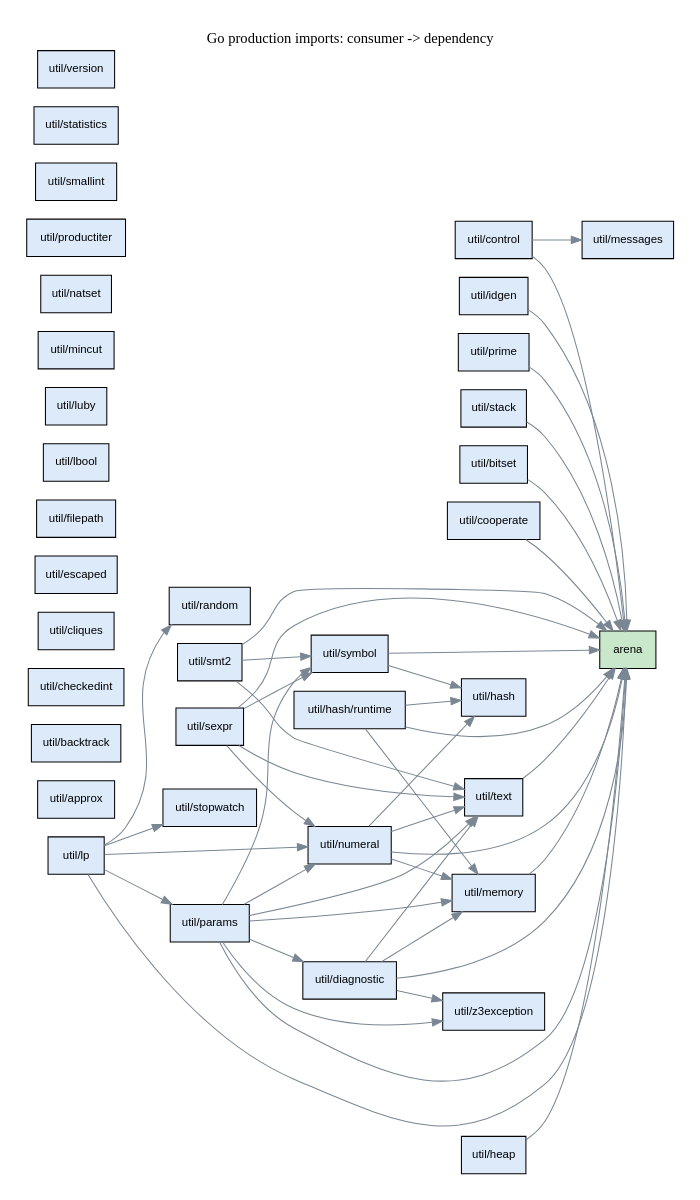
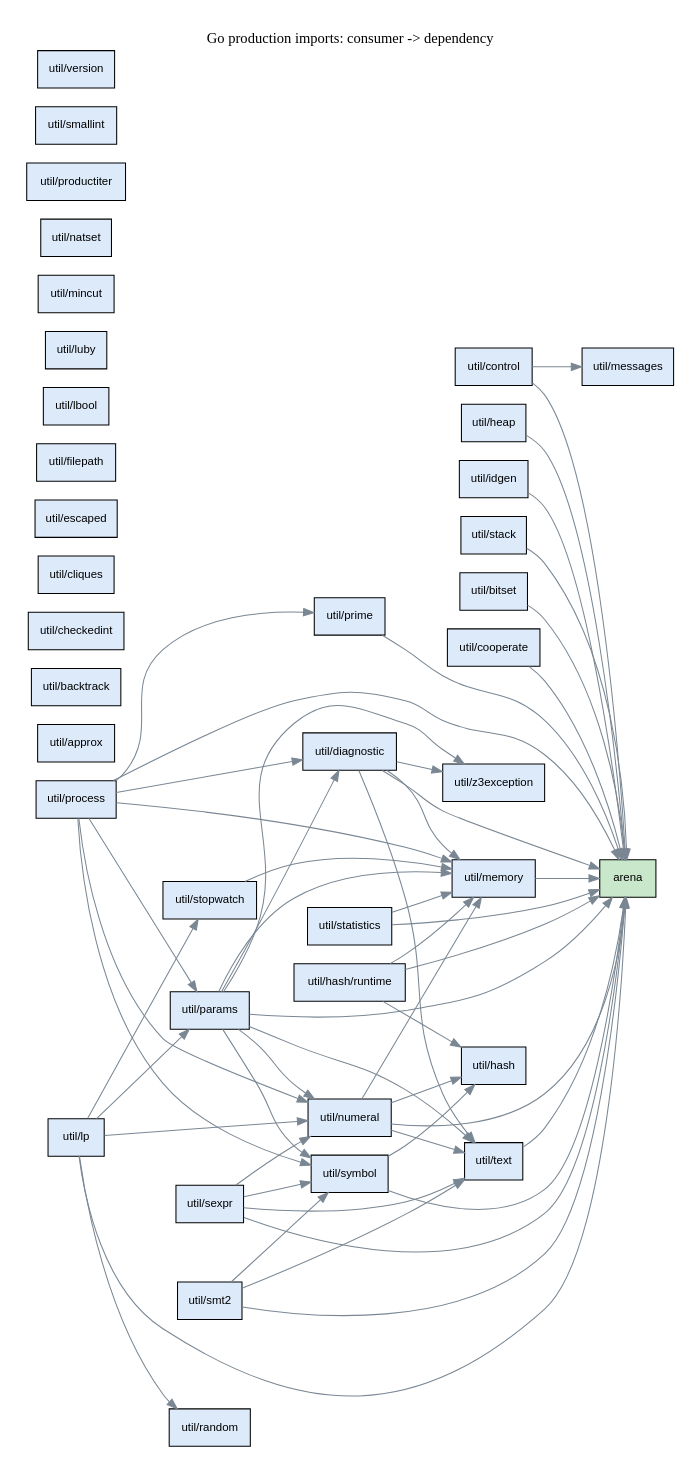
The diagram in doc/util_dependencies.dot (glycerine/g3-preview), drawn with Graphviz before and after one commit. The commit also changed 4 other files, not shown here.

Commit message:
Refresh Go package dependency graphs

```diff
--- a/doc/util_dependencies.dot
+++ b/doc/util_dependencies.dot
@@ -1,87 +1,98 @@
 digraph packages {
   rankdir=LR;
   graph [bgcolor=white, pad=0.25];
   node [shape=box, fontname="sans-serif", fontsize=11];
   edge [color="#7a8793"];
   label="Go production imports: consumer -> dependency";
   labelloc=t;
   "arena" [style=filled, fillcolor="#c9e8cb"];
   "util/approx" [style=filled, fillcolor="#dceafa"];
   "util/backtrack" [style=filled, fillcolor="#dceafa"];
   "util/bitset" [style=filled, fillcolor="#dceafa"];
   "util/bitset" -> "arena";
   "util/checkedint" [style=filled, fillcolor="#dceafa"];
   "util/cliques" [style=filled, fillcolor="#dceafa"];
   "util/control" [style=filled, fillcolor="#dceafa"];
   "util/control" -> "arena";
   "util/control" -> "util/messages";
   "util/cooperate" [style=filled, fillcolor="#dceafa"];
   "util/cooperate" -> "arena";
   "util/diagnostic" [style=filled, fillcolor="#dceafa"];
   "util/diagnostic" -> "arena";
   "util/diagnostic" -> "util/memory";
   "util/diagnostic" -> "util/text";
   "util/diagnostic" -> "util/z3exception";
   "util/escaped" [style=filled, fillcolor="#dceafa"];
   "util/filepath" [style=filled, fillcolor="#dceafa"];
   "util/hash" [style=filled, fillcolor="#dceafa"];
   "util/hash/runtime" [style=filled, fillcolor="#dceafa"];
   "util/hash/runtime" -> "arena";
   "util/hash/runtime" -> "util/hash";
   "util/hash/runtime" -> "util/memory";
   "util/heap" [style=filled, fillcolor="#dceafa"];
   "util/heap" -> "arena";
   "util/idgen" [style=filled, fillcolor="#dceafa"];
   "util/idgen" -> "arena";
   "util/lbool" [style=filled, fillcolor="#dceafa"];
   "util/lp" [style=filled, fillcolor="#dceafa"];
   "util/lp" -> "arena";
   "util/lp" -> "util/numeral";
   "util/lp" -> "util/params";
   "util/lp" -> "util/random";
   "util/lp" -> "util/stopwatch";
   "util/luby" [style=filled, fillcolor="#dceafa"];
   "util/memory" [style=filled, fillcolor="#dceafa"];
   "util/memory" -> "arena";
   "util/messages" [style=filled, fillcolor="#dceafa"];
   "util/mincut" [style=filled, fillcolor="#dceafa"];
   "util/natset" [style=filled, fillcolor="#dceafa"];
   "util/numeral" [style=filled, fillcolor="#dceafa"];
   "util/numeral" -> "arena";
   "util/numeral" -> "util/hash";
   "util/numeral" -> "util/memory";
   "util/numeral" -> "util/text";
   "util/params" [style=filled, fillcolor="#dceafa"];
   "util/params" -> "arena";
   "util/params" -> "util/diagnostic";
   "util/params" -> "util/memory";
   "util/params" -> "util/numeral";
   "util/params" -> "util/symbol";
   "util/params" -> "util/text";
   "util/params" -> "util/z3exception";
   "util/prime" [style=filled, fillcolor="#dceafa"];
   "util/prime" -> "arena";
+  "util/process" [style=filled, fillcolor="#dceafa"];
+  "util/process" -> "arena";
+  "util/process" -> "util/diagnostic";
+  "util/process" -> "util/memory";
+  "util/process" -> "util/numeral";
+  "util/process" -> "util/params";
+  "util/process" -> "util/prime";
+  "util/process" -> "util/symbol";
   "util/productiter" [style=filled, fillcolor="#dceafa"];
   "util/random" [style=filled, fillcolor="#dceafa"];
   "util/sexpr" [style=filled, fillcolor="#dceafa"];
   "util/sexpr" -> "arena";
   "util/sexpr" -> "util/numeral";
   "util/sexpr" -> "util/symbol";
   "util/sexpr" -> "util/text";
   "util/smallint" [style=filled, fillcolor="#dceafa"];
   "util/smt2" [style=filled, fillcolor="#dceafa"];
   "util/smt2" -> "arena";
   "util/smt2" -> "util/symbol";
   "util/smt2" -> "util/text";
   "util/stack" [style=filled, fillcolor="#dceafa"];
   "util/stack" -> "arena";
   "util/statistics" [style=filled, fillcolor="#dceafa"];
+  "util/statistics" -> "arena";
+  "util/statistics" -> "util/memory";
   "util/stopwatch" [style=filled, fillcolor="#dceafa"];
+  "util/stopwatch" -> "util/memory";
   "util/symbol" [style=filled, fillcolor="#dceafa"];
   "util/symbol" -> "arena";
   "util/symbol" -> "util/hash";
   "util/text" [style=filled, fillcolor="#dceafa"];
   "util/text" -> "arena";
   "util/version" [style=filled, fillcolor="#dceafa"];
   "util/z3exception" [style=filled, fillcolor="#dceafa"];
 }
```
